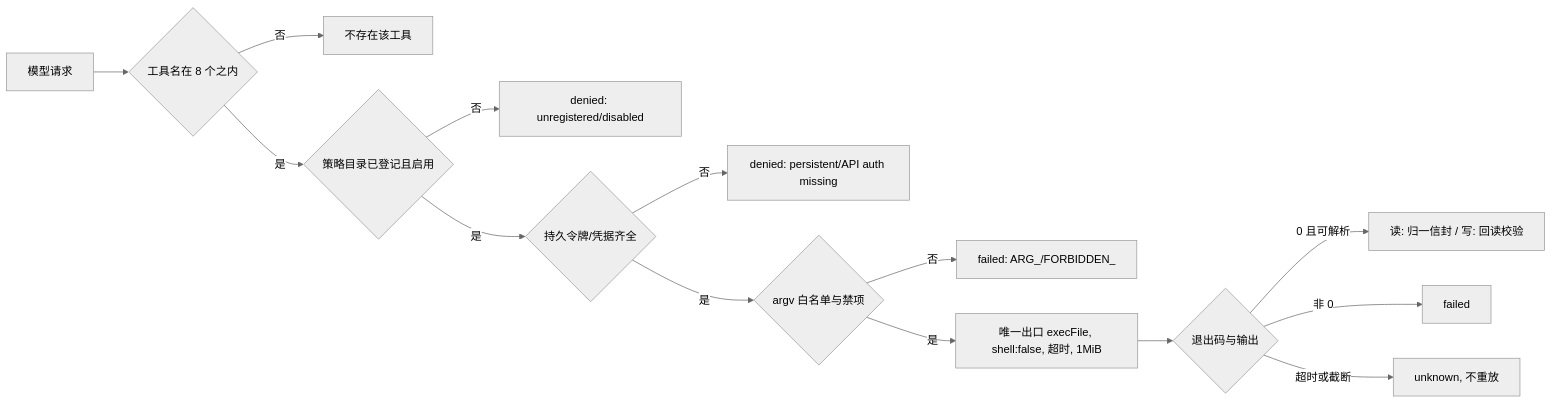
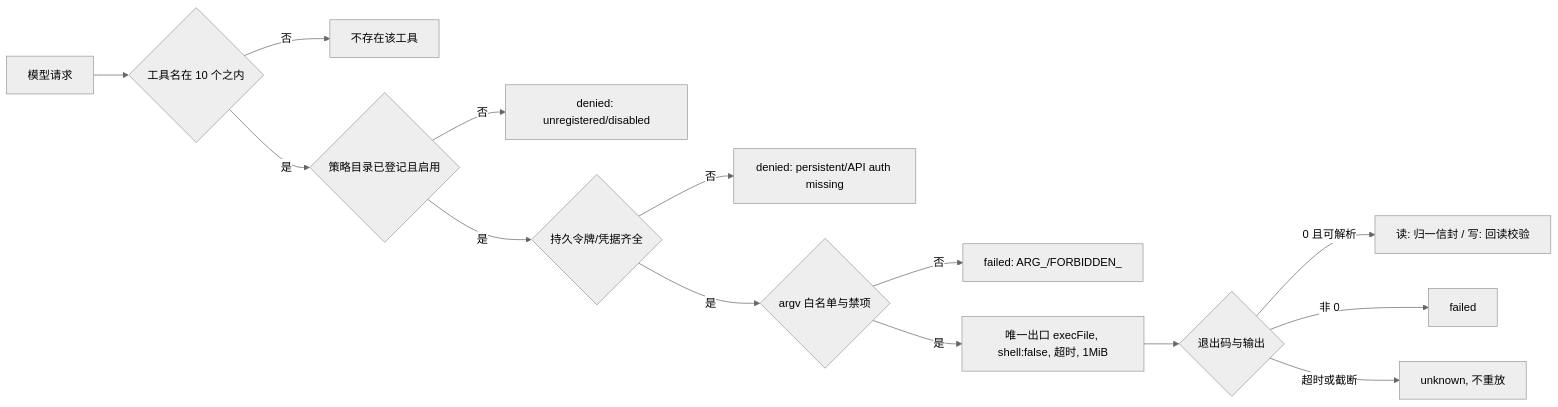
One commit to hrygo/heluo-forge changed the diagram in docs/design/plugins/forge-gitee.md. Above: the diagram before and after it, drawn with Mermaid (neutral theme). The commit also changed other lines of this file and 80 other files, not shown here.

````diff
--- a/docs/design/plugins/forge-gitee.md
+++ b/docs/design/plugins/forge-gitee.md
@@ -143,16 +160,16 @@
 ```mermaid
 flowchart LR
-  A[模型请求] --> B{工具名在 8 个之内}
+  A[模型请求] --> B{工具名在 10 个之内}
   B -->|否| C[不存在该工具]
   B -->|是| D{策略目录已登记且启用}
   D -->|否| E[denied: unregistered/disabled]
   D -->|是| F{持久令牌/凭据齐全}
   F -->|否| G[denied: persistent/API auth missing]
   F -->|是| H{argv 白名单与禁项}
   H -->|否| I[failed: ARG_/FORBIDDEN_]
   H -->|是| J[唯一出口 execFile, shell:false, 超时, 1MiB]
   J --> K{退出码与输出}
   K -->|0 且可解析| L[读: 归一信封 / 写: 回读校验]
   K -->|非 0| M[failed]
   K -->|超时或截断| N[unknown, 不重放]
 ```
````
